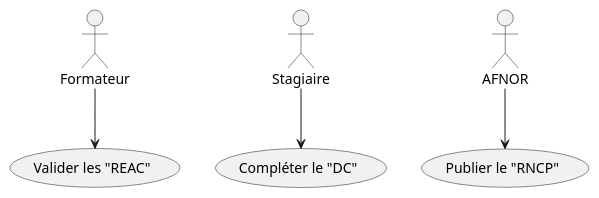
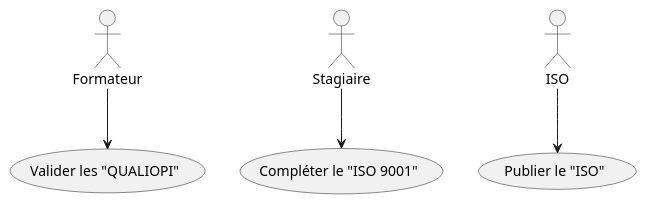
One commit to cccp-education/bakery-gradle changed the diagram in bakery-plugin/src/test/resources/fixtures/cheroliv-com-i18n-deploy/content/blog/vocabulaire-metier.adoc. Above: the diagram before and after it, drawn with PlantUML. The commit also changed other lines of this file and 15 other files, not shown here.

First line of the commit message:
refactor(rename): RENAME-9 confine SPG in bakery (S-212) — whitelist/blacklist neutralized + UT lock migrated (USB/Magic Stick) + fixtures/features 53/55/56 + fixture 0115 neutralized (public registries QUALIOPI/ISO/PDCA/NFP) + governance docs

```diff
--- a/bakery-plugin/src/test/resources/fixtures/cheroliv-com-i18n-deploy/content/blog/vocabulaire-metier.adoc
+++ b/bakery-plugin/src/test/resources/fixtures/cheroliv-com-i18n-deploy/content/blog/vocabulaire-metier.adoc
@@ -16,8 +16,8 @@
 [source,plantuml]
 ----
 @startuml
-"Formateur" --> (Valider les "REAC")
-"Stagiaire" --> (Compléter le "DC")
-"AFNOR" --> (Publier le "RNCP")
+"Formateur" --> (Valider les "QUALIOPI")
+"Stagiaire" --> (Compléter le "ISO 9001")
+"ISO" --> (Publier le "ISO")
 @enduml
 ----
```
